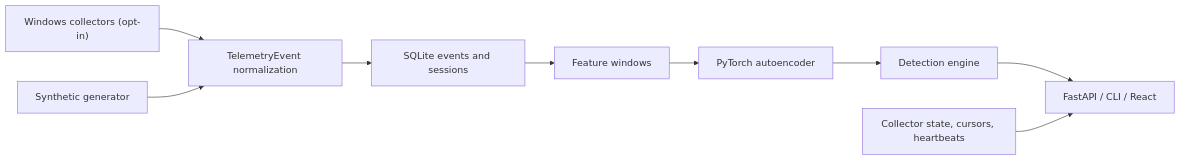
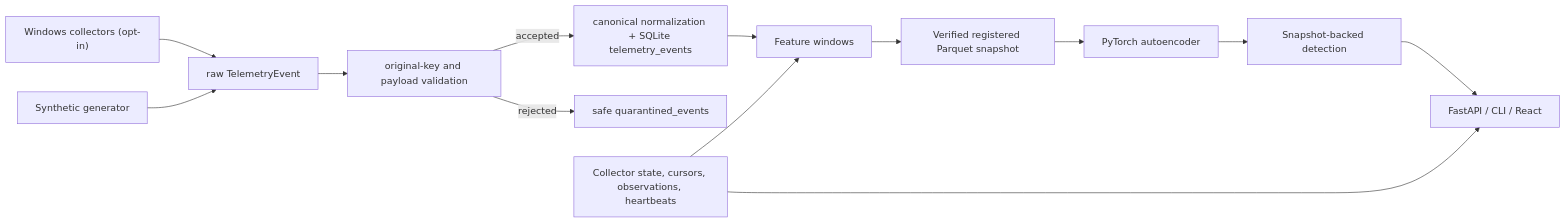
Before and after one commit to IskhakovMA/SentinelUEBA: the diagram in docs/ARCHITECTURE.md, drawn with Mermaid. The commit also changed other lines of this file and 42 other files, not shown here.

````diff
--- a/docs/ARCHITECTURE.md
+++ b/docs/ARCHITECTURE.md
@@ -9,11 +13,15 @@
 ```mermaid
 flowchart LR
-  A["Windows collectors (opt-in)"] --> B["TelemetryEvent normalization"]
+  A["Windows collectors (opt-in)"] --> B["raw TelemetryEvent"]
   C["Synthetic generator"] --> B
-  B --> D["SQLite events and sessions"]
-  D --> E["Feature windows"]
-  E --> F["PyTorch autoencoder"]
-  F --> G["Detection engine"]
+  B --> D["original-key and payload validation"]
+  D -->|accepted| E["canonical normalization + SQLite telemetry_events"]
+  D -->|rejected| Q["safe quarantined_events"]
+  E --> F["Feature windows"]
+  F --> J["Verified registered Parquet snapshot"]
+  J --> K["PyTorch autoencoder"]
+  K --> G["Snapshot-backed detection"]
   G --> H["FastAPI / CLI / React"]
-  I["Collector state, cursors, heartbeats"] --> H
+  I["Collector state, cursors, observations, heartbeats"] --> F
+  I --> H
 ```
````
